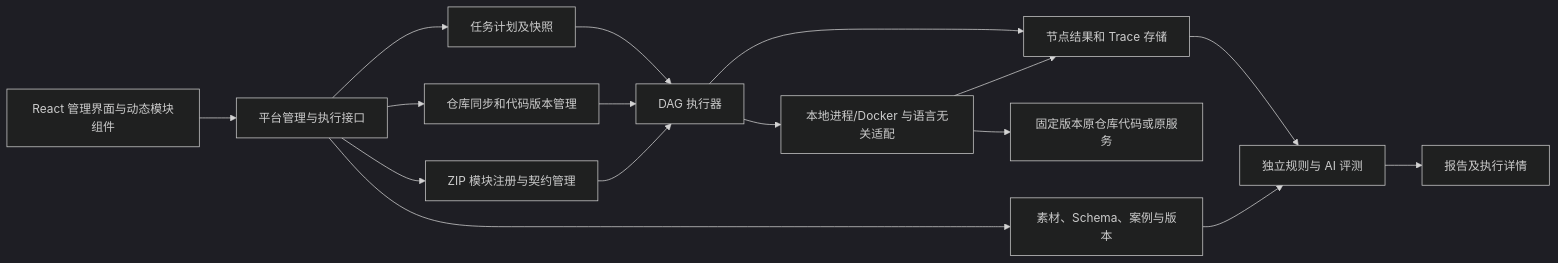
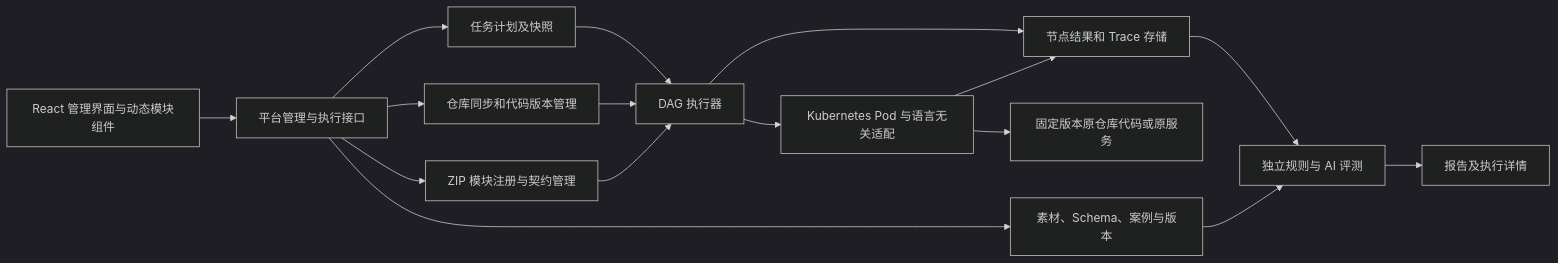
One commit to Minecodex/TestFlow changed the second of 2 diagrams in docs/voice-test-platform/01-平台整体设计.md. Above: the diagram before and after it, drawn with Mermaid (dark theme). The commit also changed other lines of this file and 341 other files, not shown here.

````diff
--- a/docs/voice-test-platform/01-平台整体设计.md
+++ b/docs/voice-test-platform/01-平台整体设计.md
@@ -58,18 +58,18 @@
 ```mermaid
 flowchart LR
     UI["React 管理界面与动态模块组件"] --> API["平台管理与执行接口"]
     API --> REPO["仓库同步和代码版本管理"]
     API --> PKG["ZIP 模块注册与契约管理"]
     API --> DATA["素材、Schema、案例与版本"]
     API --> PLAN["任务计划及快照"]
     PLAN --> RUN["DAG 执行器"]
     REPO --> RUN
     PKG --> RUN
-    RUN --> WORK["本地进程/Docker 与语言无关适配"]
+    RUN --> WORK["Kubernetes Pod 与语言无关适配"]
     WORK --> CODE["固定版本原仓库代码或原服务"]
     RUN --> TRACE["节点结果和 Trace 存储"]
     WORK --> TRACE
     TRACE --> EVAL["独立规则与 AI 评测"]
     EVAL --> REPORT["报告及执行详情"]
     DATA --> EVAL
 ```
````
